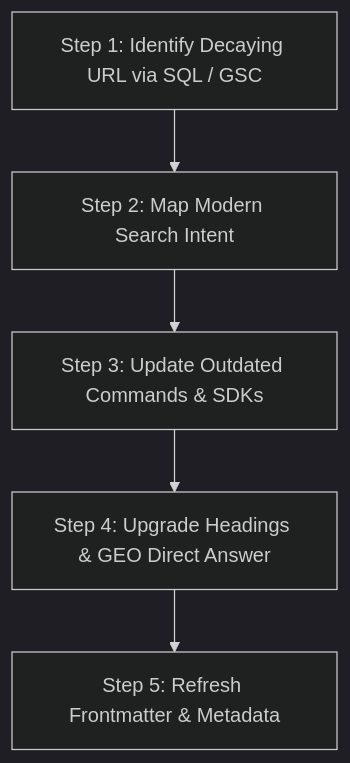
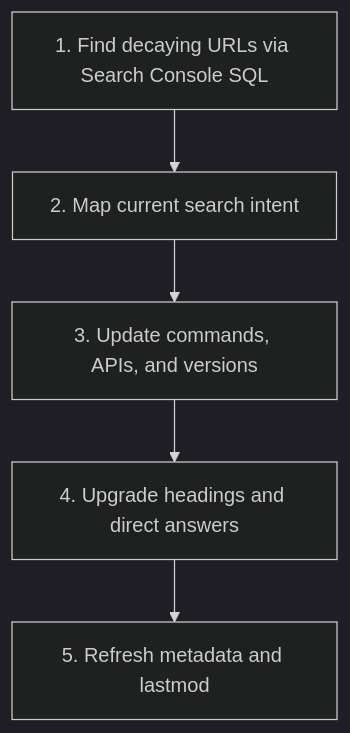
One commit to danicat/skills changed the diagram in writing/seo-optimizer/references/content_refresh_guide.md. Above: the diagram before and after it, drawn with Mermaid (dark theme). The commit also changed other lines of this file and 229 other files, not shown here.

````diff
--- a/writing/seo-optimizer/references/content_refresh_guide.md
+++ b/writing/seo-optimizer/references/content_refresh_guide.md
@@ -20,7 +20,7 @@
 ```mermaid
-graph TD
-    A[Step 1: Identify Decaying URL via SQL / GSC] --> B[Step 2: Map Modern Search Intent]
-    B --> C[Step 3: Update Outdated Commands & SDKs]
-    C --> D[Step 4: Upgrade Headings & GEO Direct Answer]
-    D --> E[Step 5: Refresh Frontmatter & Metadata]
+flowchart TD
+    A["1. Find decaying URLs via Search Console SQL"] --> B["2. Map current search intent"]
+    B --> C["3. Update commands, APIs, and versions"]
+    C --> D["4. Upgrade headings and direct answers"]
+    D --> E["5. Refresh metadata and lastmod"]
 ```
````
